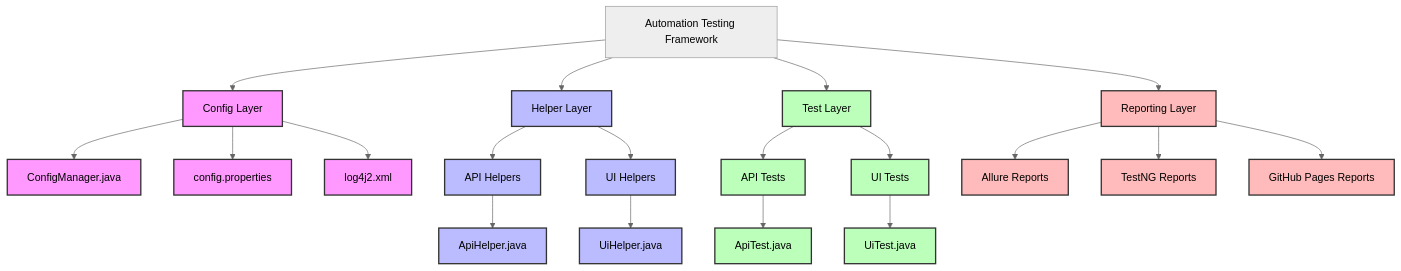
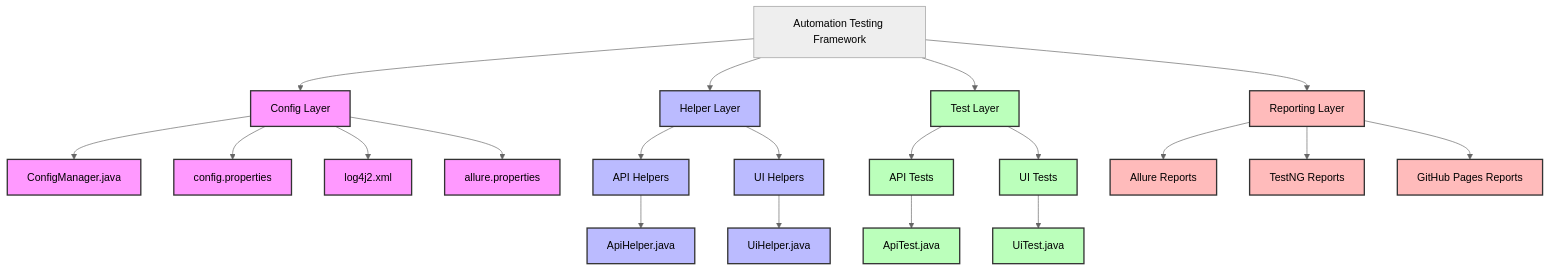
One commit to azka-art/automation-testing-framework changed the first of 3 diagrams in README.md. Above: the diagram before and after it, drawn with Mermaid (neutral theme). The commit also changed other lines of this file and 3 other files, not shown here.

````diff
--- a/README.md
+++ b/README.md
@@ -53,37 +57,38 @@
 ```mermaid
 graph TD
     A[Automation Testing Framework] --> B[Config Layer]
     A --> C[Helper Layer]
     A --> D[Test Layer]
     A --> E[Reporting Layer]
     
     B --> B1[ConfigManager.java]
     B --> B2[config.properties]
     B --> B3[log4j2.xml]
+    B --> B4[allure.properties]
     
     C --> C1[API Helpers]
     C --> C2[UI Helpers]
     
     C1 --> C11[ApiHelper.java]
     C2 --> C21[UiHelper.java]
     
     D --> D1[API Tests]
     D --> D2[UI Tests]
     
     D1 --> D11[ApiTest.java]
     D2 --> D21[UiTest.java]
     
     E --> E1[Allure Reports]
     E --> E2[TestNG Reports]
     E --> E3[GitHub Pages Reports]
     
     classDef configClass fill:#f9f,stroke:#333,stroke-width:2px;
     classDef helperClass fill:#bbf,stroke:#333,stroke-width:2px;
     classDef testClass fill:#bfb,stroke:#333,stroke-width:2px;
     classDef reportClass fill:#fbb,stroke:#333,stroke-width:2px;
     
-    class B,B1,B2,B3 configClass;
+    class B,B1,B2,B3,B4 configClass;
     class C,C1,C2,C11,C21 helperClass;
     class D,D1,D2,D11,D21 testClass;
     class E,E1,E2,E3 reportClass;
 ```
````
